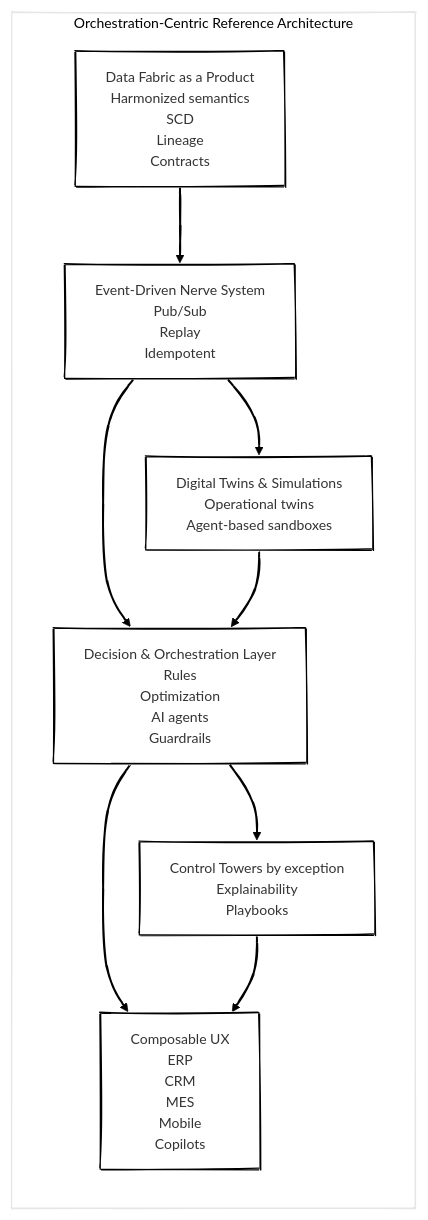
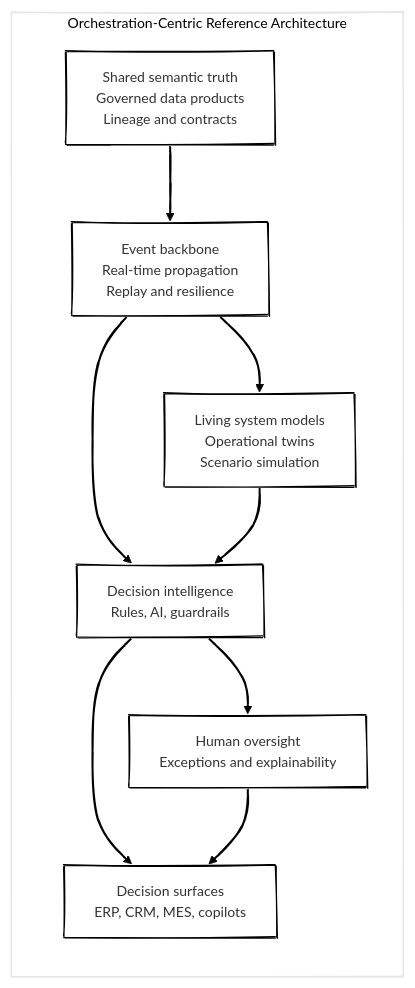
Before and after one commit to antomon/antomon.github.io: the third of 8 diagrams in posts/from-planning-to-orchestration-reimagining-enterprise-beyond-S&OP/index.qmd, drawn with Mermaid. The commit also changed other lines of this file and 4 other files, not shown here.

````diff
--- a/posts/from-planning-to-orchestration-reimagining-enterprise-beyond-S&OP/index.qmd
+++ b/posts/from-planning-to-orchestration-reimagining-enterprise-beyond-S&OP/index.qmd
@@ -216,25 +228,30 @@
 ```{mermaid}
 %%| label: fig-reference-architecture
-%%| fig-cap: Orchestrate, don’t integrate, reference architecture
-%%| fig-alt: Layered architecture with data fabric, event backbone, decision/orchestration, twins/sim, control towers, and composable UX
+%%| fig-cap: "Orchestrate, don’t integrate: a reference architecture for the continuously orchestrated enterprise"
+%%| fig-alt: "Layered architecture with data fabric, event backbone, decision/orchestration, twins/sim, control towers, and composable UX"
 %%| fig-align: "center"
 %%{init: {"theme": "neo", "look": "handDrawn"}}%%
 
 flowchart TD
 
   subgraph RA[Orchestration#8209;Centric&nbsp;Reference&nbsp;Architecture]
     direction TB
 
-    DF["Data Fabric as a Product<br>Harmonized semantics<br/>SCD<br/>Lineage<br/>Contracts"] --> EV["Event-Driven Nerve System<br>Pub/Sub<br/>Replay<br/>Idempotent"]
+    DF["Shared semantic truth<br/>Governed data products<br/>Lineage and contracts"] --> 
+    EV["Event backbone<br/>Real-time propagation<br/>Replay and resilience"]
 
-    EV --> TW["Digital Twins &amp; Simulations<br>Operational twins<br/>Agent-based sandboxes"]
-    EV --> DO["Decision &amp; Orchestration Layer<br>Rules<br/>Optimization<br/>AI agents<br/>Guardrails"]
+    EV --> 
+    TW["Living system models<br/>Operational twins<br/>Scenario simulation"]
+    EV --> 
+    DO["Decision intelligence<br/>Rules, AI, guardrails"]
 
     TW --> DO
 
-    DO --> CT["Control Towers by exception<br>Explainability<br/>Playbooks"]
-    DO --> UX["Composable UX<br>ERP<br/>CRM<br/>MES<br/>Mobile<br/>Copilots"]
+    DO --> 
+    CT["Human oversight<br/>Exceptions and explainability"]
+    DO --> 
+    UX["Decision surfaces<br/>ERP, CRM, MES, copilots"]
 
     CT --> UX
   end
 ```
````
